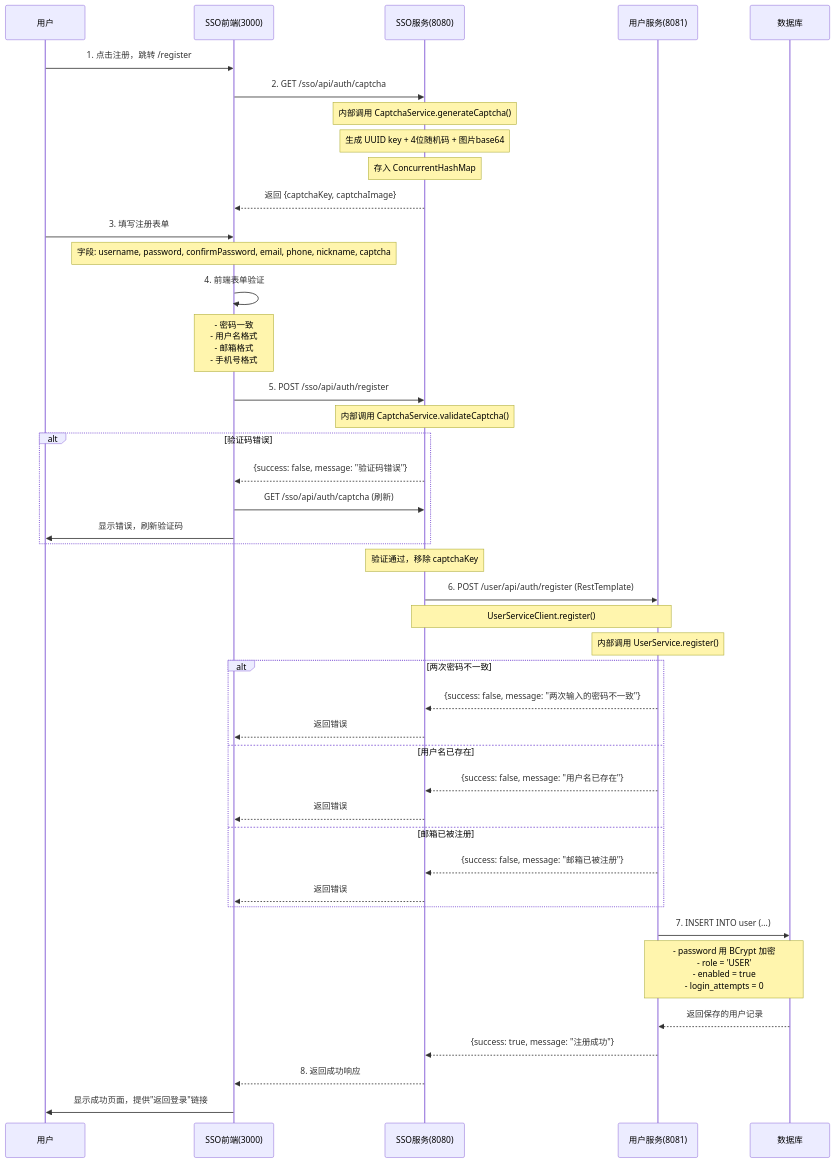
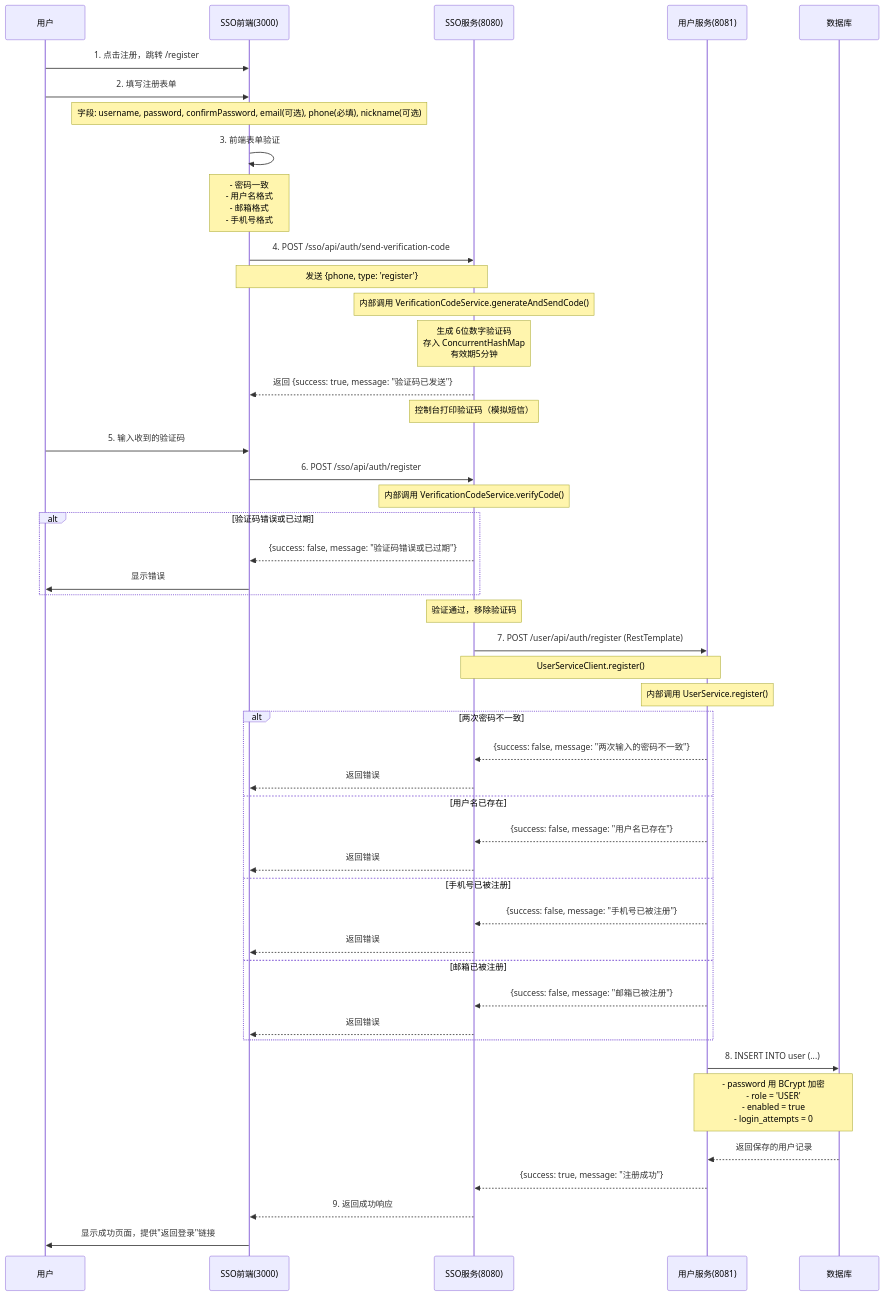
Before and after one commit to wb31105/zqzl-traecn: the second of 11 diagrams in BUSINESS_FLOW.md, drawn with Mermaid. The commit also changed other lines of this file and 16 other files, not shown here.

````diff
--- a/BUSINESS_FLOW.md
+++ b/BUSINESS_FLOW.md
@@ -142,56 +142,63 @@
 ```mermaid
 sequenceDiagram
     participant User as 用户
     participant SSO_Web as SSO前端(3000)
     participant SSO_Server as SSO服务(8080)
     participant User_Server as 用户服务(8081)
     participant DB as 数据库
 
     User->>SSO_Web: 1. 点击注册，跳转 /register
-    SSO_Web->>SSO_Server: 2. GET /sso/api/auth/captcha
-    Note over SSO_Server: 内部调用 CaptchaService.generateCaptcha()
-    Note over SSO_Server: 生成 UUID key + 4位随机码 + 图片base64
-    Note over SSO_Server: 存入 ConcurrentHashMap
-    SSO_Server-->>SSO_Web: 返回 {captchaKey, captchaImage}
     
-    User->>SSO_Web: 3. 填写注册表单
-    Note over SSO_Web: 字段: username, password, confirmPassword, email, phone, nickname, captcha
+    User->>SSO_Web: 2. 填写注册表单
+    Note over SSO_Web: 字段: username, password, confirmPassword, email(可选), phone(必填), nickname(可选)
     
-    SSO_Web->>SSO_Web: 4. 前端表单验证
+    SSO_Web->>SSO_Web: 3. 前端表单验证
     Note over SSO_Web: - 密码一致<br>- 用户名格式<br>- 邮箱格式<br>- 手机号格式
     
-    SSO_Web->>SSO_Server: 5. POST /sso/api/auth/register
+    SSO_Web->>SSO_Server: 4. POST /sso/api/auth/send-verification-code
+    Note over SSO_Web,SSO_Server: 发送 {phone, type: 'register'}
     
-    Note over SSO_Server: 内部调用 CaptchaService.validateCaptcha()
-    alt 验证码错误
-        SSO_Server-->>SSO_Web: {success: false, message: "验证码错误"}
-        SSO_Web->>SSO_Server: GET /sso/api/auth/captcha (刷新)
-        SSO_Web->>User: 显示错误，刷新验证码
+    Note over SSO_Server: 内部调用 VerificationCodeService.generateAndSendCode()
+    Note over SSO_Server: 生成 6位数字验证码<br>存入 ConcurrentHashMap<br>有效期5分钟
+    SSO_Server-->>SSO_Web: 返回 {success: true, message: "验证码已发送"}
+    Note over SSO_Server: 控制台打印验证码（模拟短信）
+    
+    User->>SSO_Web: 5. 输入收到的验证码
+    
+    SSO_Web->>SSO_Server: 6. POST /sso/api/auth/register
+    
+    Note over SSO_Server: 内部调用 VerificationCodeService.verifyCode()
+    alt 验证码错误或已过期
+        SSO_Server-->>SSO_Web: {success: false, message: "验证码错误或已过期"}
+        SSO_Web->>User: 显示错误
     end
     
-    Note over SSO_Server: 验证通过，移除 captchaKey
+    Note over SSO_Server: 验证通过，移除验证码
     
-    SSO_Server->>User_Server: 6. POST /user/api/auth/register (RestTemplate)
+    SSO_Server->>User_Server: 7. POST /user/api/auth/register (RestTemplate)
     Note over SSO_Server,User_Server: UserServiceClient.register()
     
     Note over User_Server: 内部调用 UserService.register()
     
     alt 两次密码不一致
         User_Server-->>SSO_Server: {success: false, message: "两次输入的密码不一致"}
         SSO_Server-->>SSO_Web: 返回错误
     else 用户名已存在
         User_Server-->>SSO_Server: {success: false, message: "用户名已存在"}
         SSO_Server-->>SSO_Web: 返回错误
+    else 手机号已被注册
+        User_Server-->>SSO_Server: {success: false, message: "手机号已被注册"}
+        SSO_Server-->>SSO_Web: 返回错误
     else 邮箱已被注册
         User_Server-->>SSO_Server: {success: false, message: "邮箱已被注册"}
         SSO_Server-->>SSO_Web: 返回错误
     end
     
-    User_Server->>DB: 7. INSERT INTO user (...)
+    User_Server->>DB: 8. INSERT INTO user (...)
     Note over User_Server,DB: - password 用 BCrypt 加密<br>- role = 'USER'<br>- enabled = true<br>- login_attempts = 0
     
     DB-->>User_Server: 返回保存的用户记录
     User_Server-->>SSO_Server: {success: true, message: "注册成功"}
-    SSO_Server-->>SSO_Web: 8. 返回成功响应
+    SSO_Server-->>SSO_Web: 9. 返回成功响应
     SSO_Web->>User: 显示成功页面，提供"返回登录"链接
 ```
````
